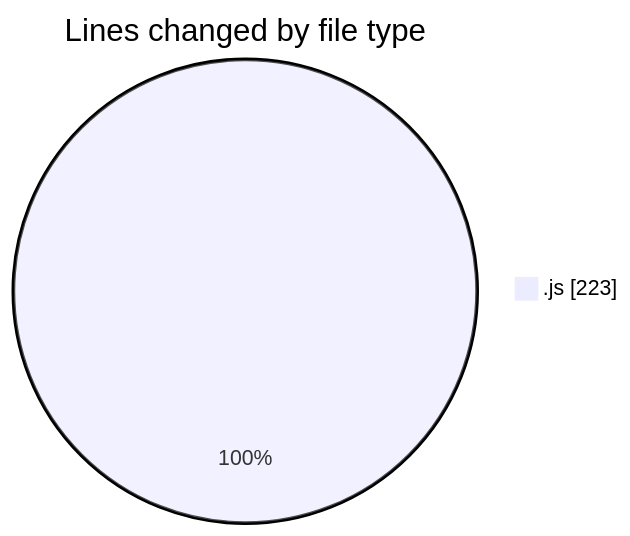
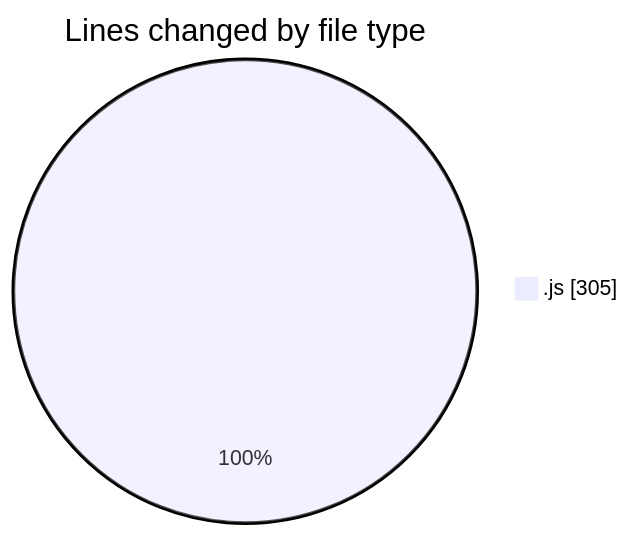
Before and after one commit to nxtqubesakshisongat/code-tracking: the first of 2 diagrams in 2026-04-27/calcapp/README.md, drawn with Mermaid. The commit also changed other lines of this file and 1 other file, not shown here.

````diff
--- a/2026-04-27/calcapp/README.md
+++ b/2026-04-27/calcapp/README.md
@@ -20,5 +20,5 @@
 ```mermaid
 pie showData
 title Lines changed by file type
-".js" : 223
+".js" : 305
 ```
````
